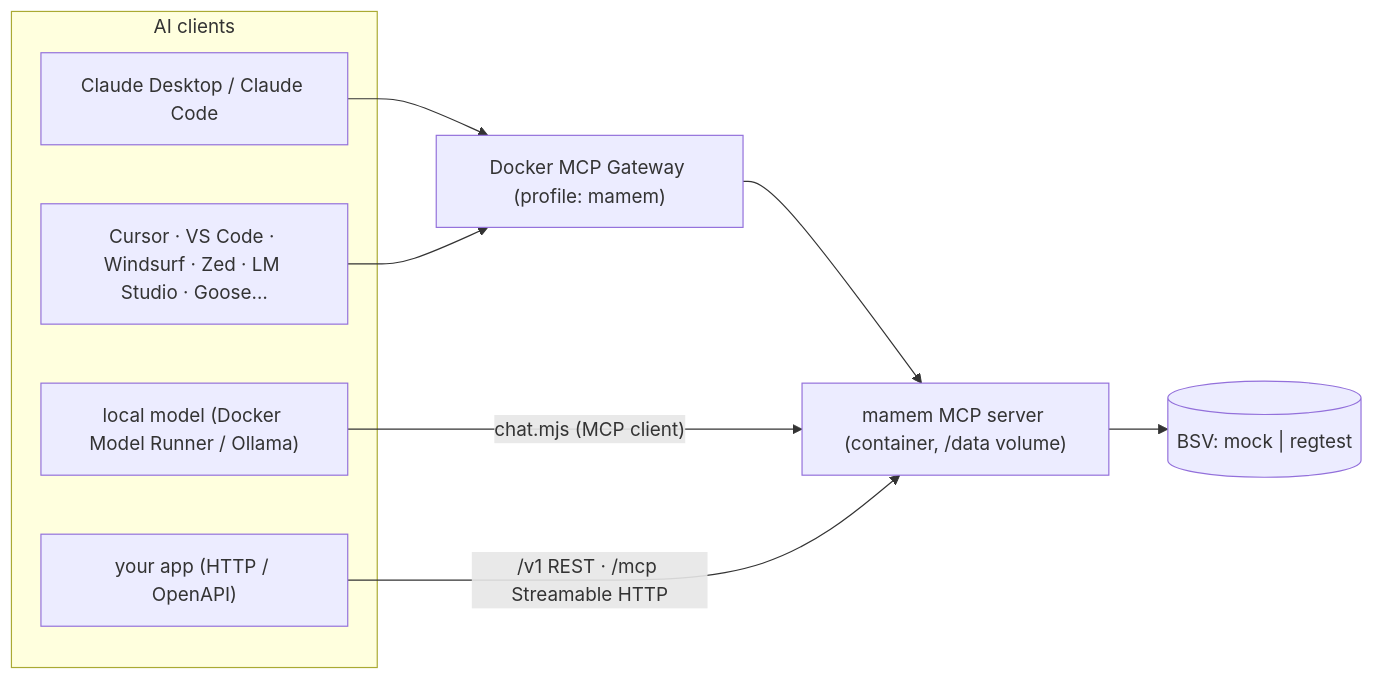
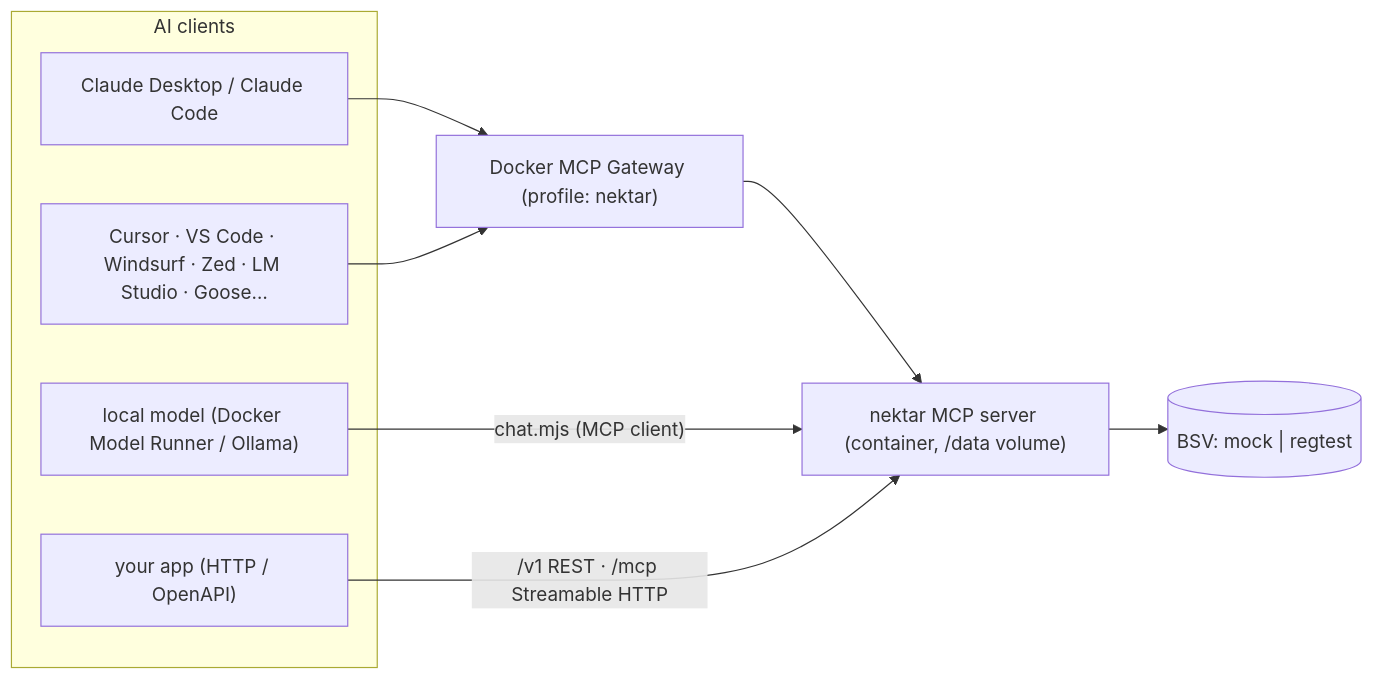
The diagram in docs/INTEGRATION.md (kryptokrates/nektar), drawn with Mermaid before and after one commit. The commit also changed other lines of this file and 297 other files, not shown here.

First line of the commit message:
Rename project mamem → nektar

````diff
--- a/docs/INTEGRATION.md
+++ b/docs/INTEGRATION.md
@@ -5,16 +5,16 @@
 ```mermaid
 flowchart LR
   subgraph clients["AI clients"]
     cd["Claude Desktop / Claude Code"]
     cu["Cursor · VS Code · Windsurf · Zed · LM Studio · Goose…"]
     lm["local model (Docker Model Runner / Ollama)"]
     app["your app (HTTP / OpenAPI)"]
   end
-  gw["Docker MCP Gateway (profile: mamem)"]
-  srv["mamem MCP server (container, /data volume)"]
+  gw["Docker MCP Gateway (profile: nektar)"]
+  srv["nektar MCP server (container, /data volume)"]
   bsv[("BSV: mock | regtest")]
   cd & cu --> gw --> srv
   lm -- "chat.mjs (MCP client)" --> srv
   app -- "/v1 REST · /mcp Streamable HTTP" --> srv
   srv --> bsv
 ```
````
